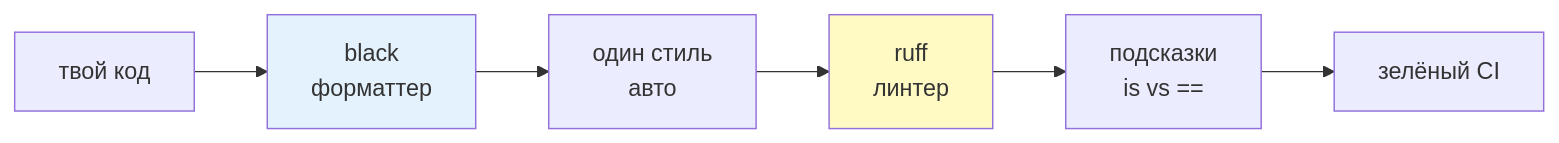
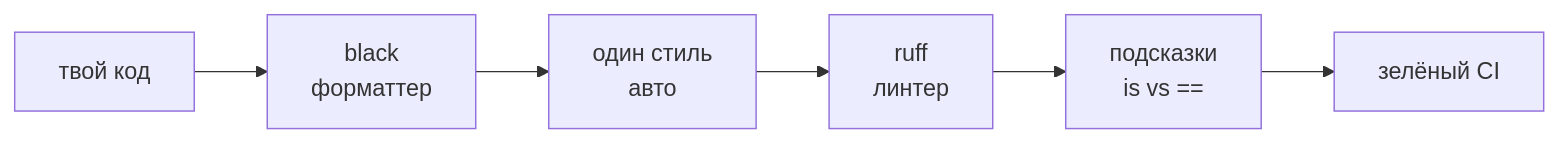
Before and after one commit to JayStorm228/College: the first of 2 diagrams in 02_Курсы/01. Инженерные практики Python/01_Лекции/14. Читаемость кода.md, drawn with Mermaid. The commit also changed other lines of this file and 30 other files, not shown here.

First line of the commit message:
переименование NumPy лекций под академические заголовки + стандартные диаграммы

````diff
--- a/02_Курсы/01. Инженерные практики Python/01_Лекции/14. Читаемость кода.md
+++ b/02_Курсы/01. Инженерные практики Python/01_Лекции/14. Читаемость кода.md
@@ -40,10 +40,8 @@
 ```mermaid
 flowchart LR
   A[твой код] --> B[black<br>форматтер]
   B --> C[один стиль<br>авто]
   C --> D[ruff<br>линтер]
   D --> E[подсказки<br>is vs ==]
   E --> F[зелёный CI]
-  style B fill:#e3f2fd
-  style D fill:#fff9c4
 ```
````
